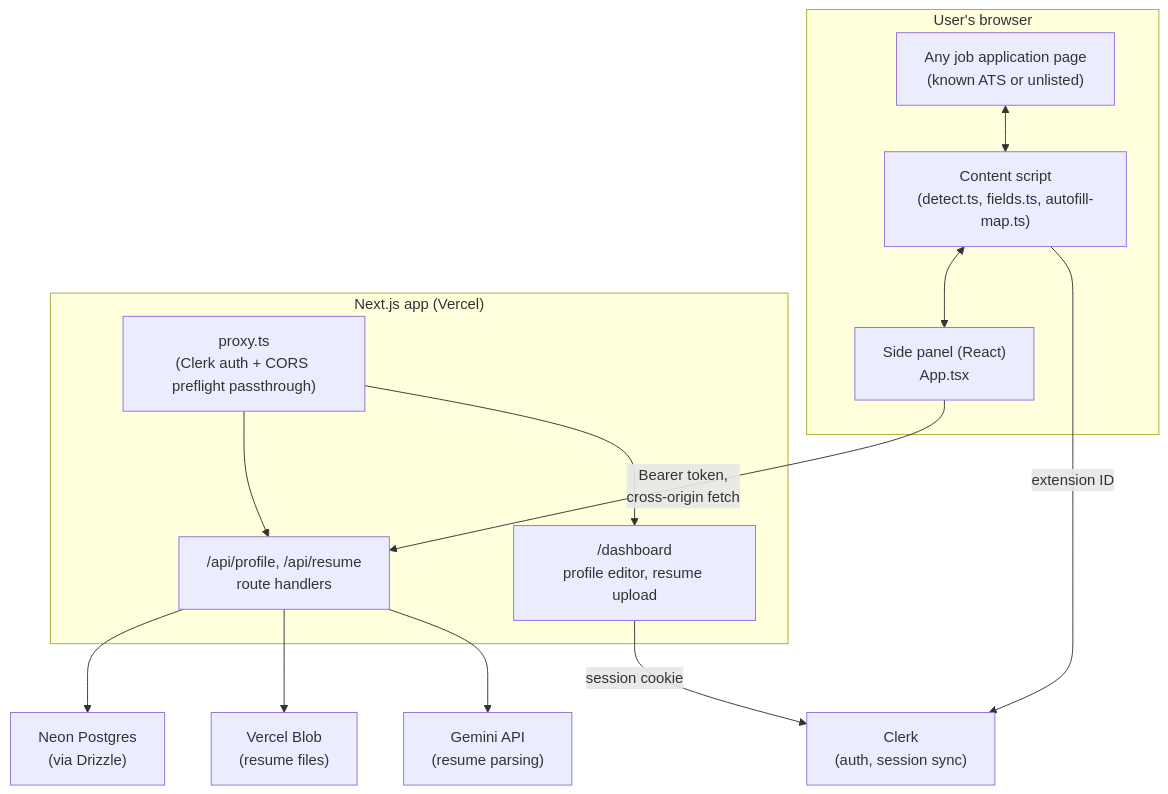
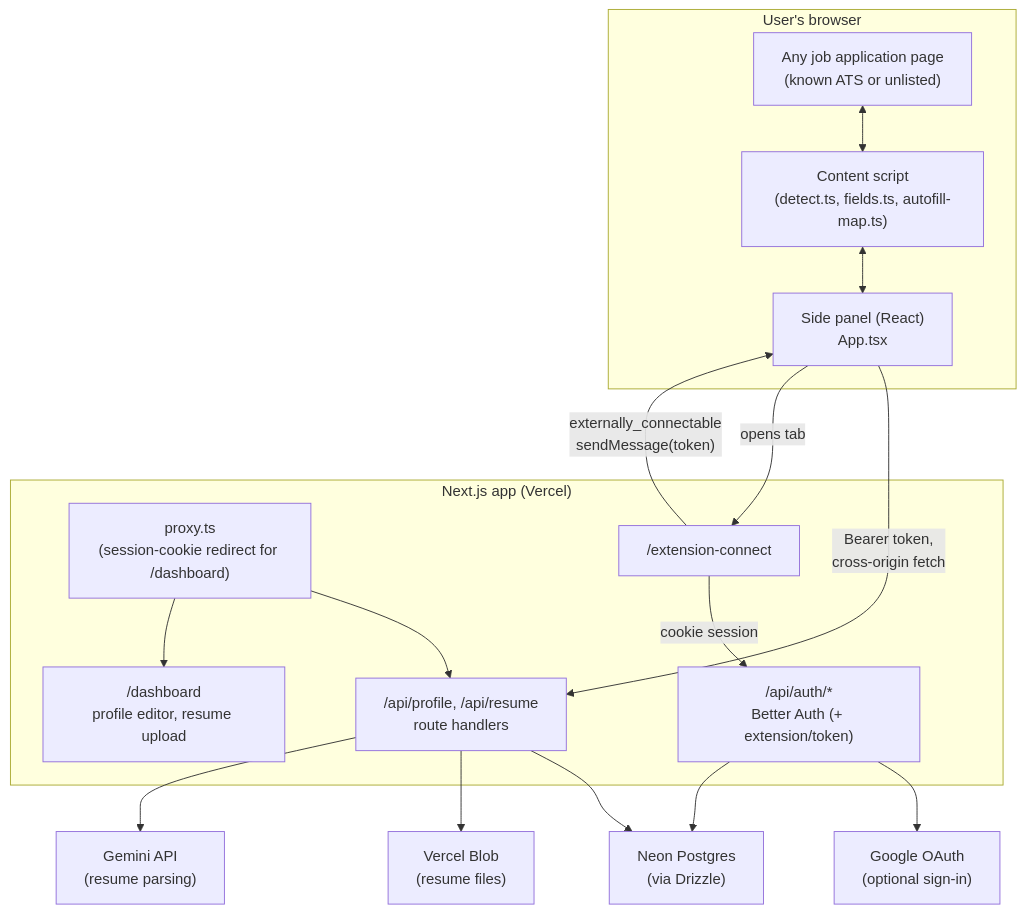
One commit to adityakmr7/job-jet changed the diagram in docs/ARCHITECTURE.md. Above: the diagram before and after it, drawn with Mermaid. The commit also changed other lines of this file and 8 other files, not shown here.

First line of the commit message:
Docs, legal pages and CI for Better Auth

````diff
--- a/docs/ARCHITECTURE.md
+++ b/docs/ARCHITECTURE.md
@@ -18,30 +18,35 @@
 ```mermaid
 graph TB
     subgraph Browser["User's browser"]
         Page["Any job application page<br/>(known ATS or unlisted)"]
         Content["Content script<br/>(detect.ts, fields.ts, autofill-map.ts)"]
         SidePanel["Side panel (React)<br/>App.tsx"]
         Page <--> Content
         Content <--> SidePanel
     end
 
     subgraph Vercel["Next.js app (Vercel)"]
-        Proxy["proxy.ts<br/>(Clerk auth + CORS preflight passthrough)"]
+        Proxy["proxy.ts<br/>(session-cookie redirect for /dashboard)"]
+        Auth["/api/auth/*<br/>Better Auth (+ extension/token)"]
+        Connect["/extension-connect"]
         API["/api/profile, /api/resume<br/>route handlers"]
         Dashboard["/dashboard<br/>profile editor, resume upload"]
         Proxy --> API
         Proxy --> Dashboard
     end
 
-    Clerk["Clerk<br/>(auth, session sync)"]
+    Google["Google OAuth<br/>(optional sign-in)"]
     Neon["Neon Postgres<br/>(via Drizzle)"]
     Blob["Vercel Blob<br/>(resume files)"]
     Gemini["Gemini API<br/>(resume parsing)"]
 
     SidePanel -- "Bearer token,\ncross-origin fetch" --> API
-    Content -- "extension ID" --> Clerk
-    Dashboard -- "session cookie" --> Clerk
+    SidePanel -- "opens tab" --> Connect
+    Connect -- "externally_connectable\nsendMessage(token)" --> SidePanel
+    Connect -- "cookie session" --> Auth
+    Auth --> Google
+    Auth --> Neon
     API --> Neon
     API --> Blob
     API --> Gemini
 ```
````
